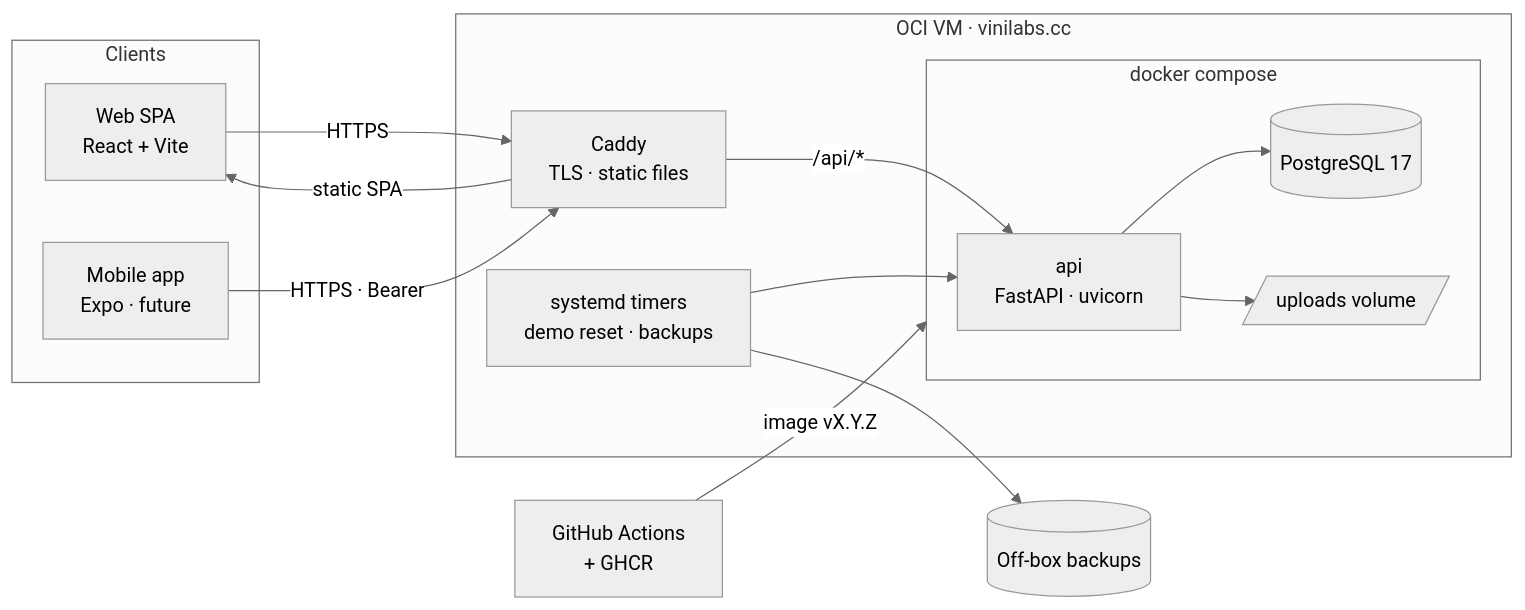
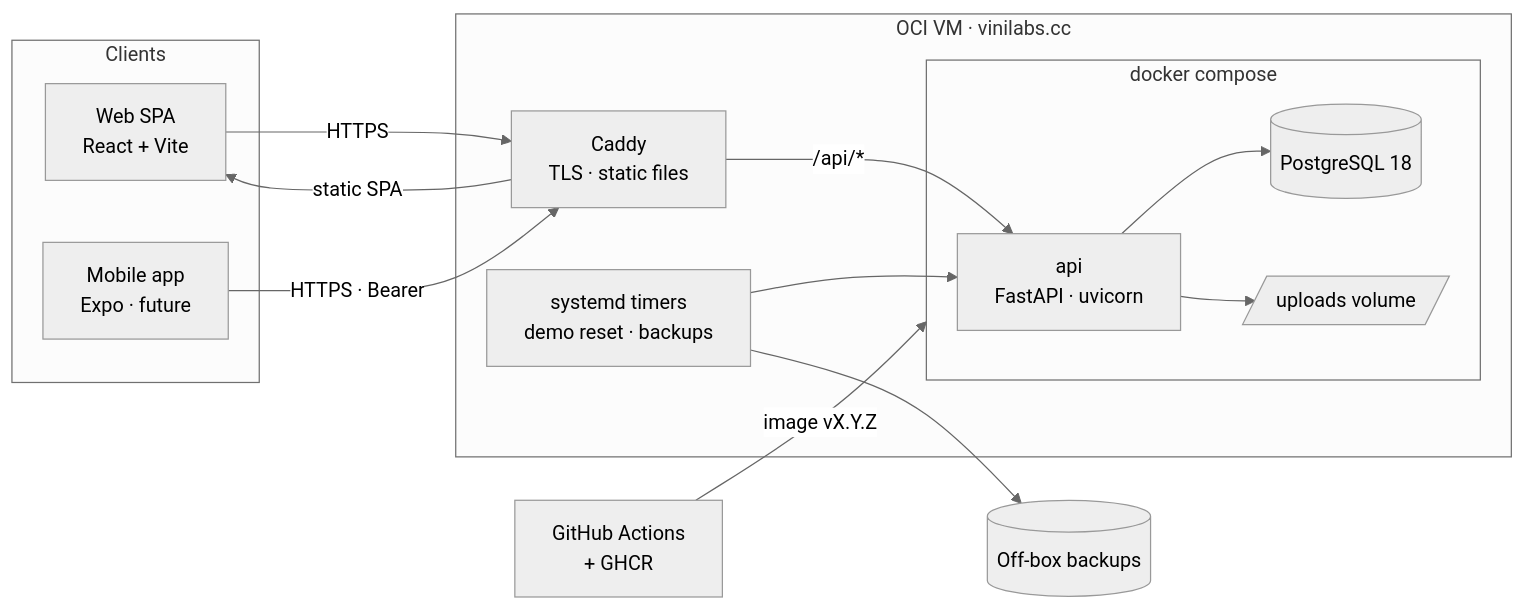
Before and after one commit to vinicius-cardoso/wiredex: the first of 5 diagrams in docs/architecture.md, drawn with Mermaid (neutral theme). The commit also changed 2 other files, not shown here.

Commit message:
docs: document the local database and move to PostgreSQL 18
18.6 is the current stable major version; the docs said 17.

````diff
--- a/docs/architecture.md
+++ b/docs/architecture.md
@@ -23,30 +23,30 @@
 ```mermaid
 flowchart LR
   subgraph Clients
     W[Web SPA<br/>React + Vite]
     M[Mobile app<br/>Expo · future]
   end
 
   subgraph OCI["OCI VM · vinilabs.cc"]
     C[Caddy<br/>TLS · static files]
     subgraph Compose["docker compose"]
       A[api<br/>FastAPI · uvicorn]
-      D[(PostgreSQL 17)]
+      D[(PostgreSQL 18)]
       V[/uploads volume/]
     end
     T[systemd timers<br/>demo reset · backups]
   end
 
   B[(Off-box backups)]
   G[GitHub Actions<br/>+ GHCR]
 
   W -- HTTPS --> C
   M -- HTTPS · Bearer --> C
   C -- /api/* --> A
   C -- static SPA --> W
   A --> D
   A --> V
   T --> A
   T --> B
   G -- image vX.Y.Z --> Compose
 ```
````
